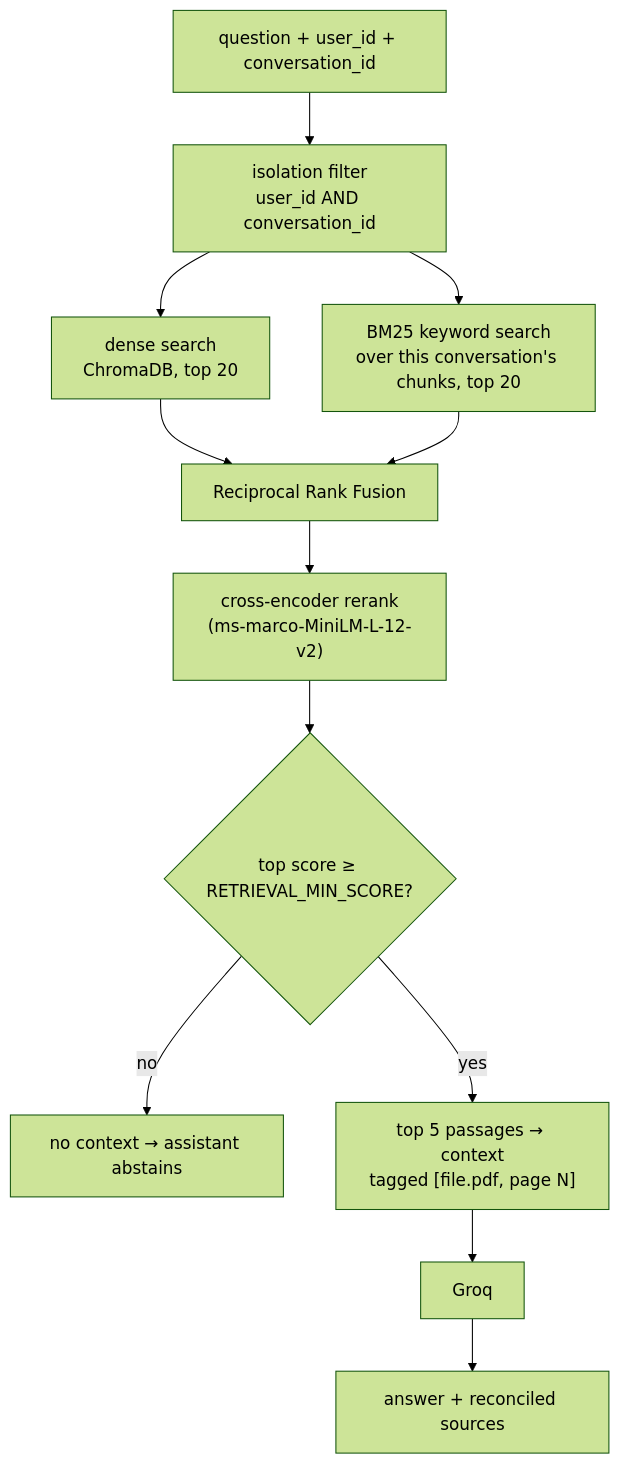
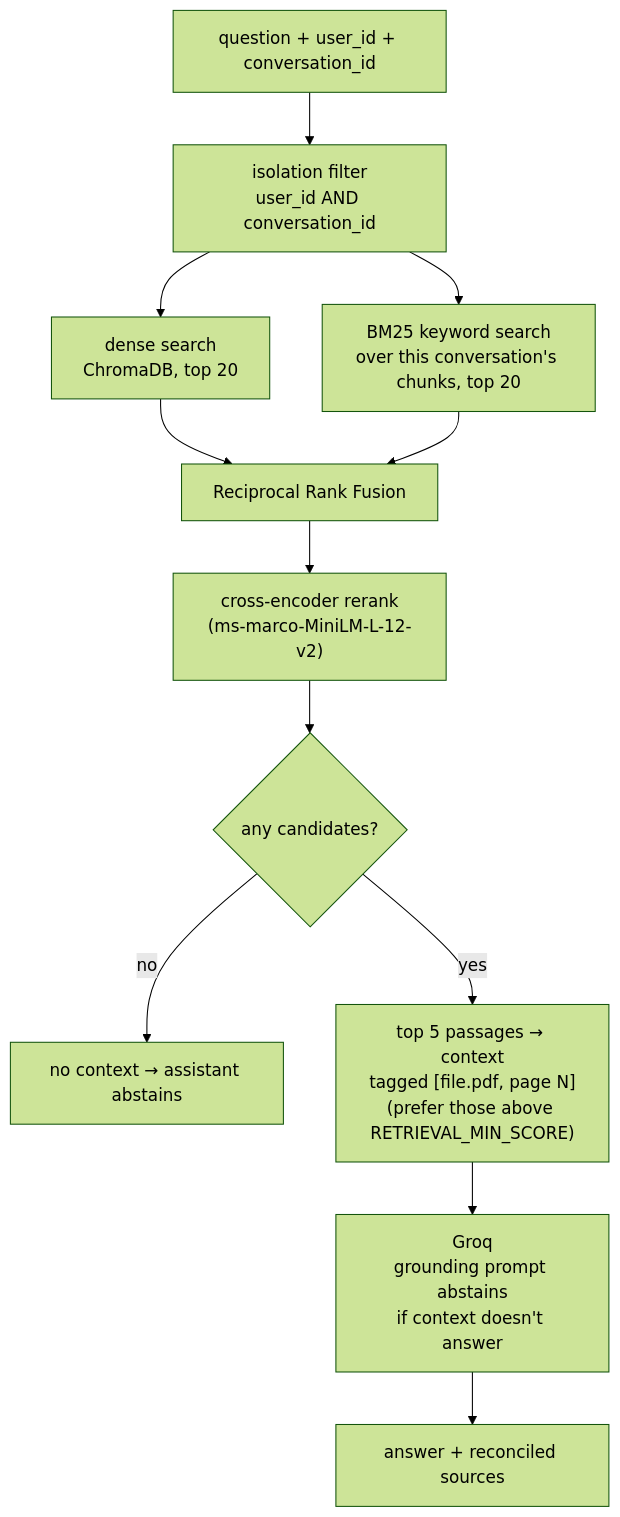
The third of 4 diagrams in README.md (Emonemon74/ai-customer-support-platform), drawn with Mermaid (forest theme) before and after one commit. The commit also changed other lines of this file and 6 other files, not shown here.

First line of the commit message:
Loosen the retrieval gate: pass top passages, let the prompt abstain

````diff
--- a/README.md
+++ b/README.md
@@ -109,14 +109,14 @@
 ```mermaid
 flowchart TB
     Q["question + user_id + conversation_id"] --> F["isolation filter<br/>user_id AND conversation_id"]
     F --> D["dense search<br/>ChromaDB, top 20"]
     F --> B["BM25 keyword search<br/>over this conversation's chunks, top 20"]
     D --> RRF["Reciprocal Rank Fusion"]
     B --> RRF
     RRF --> RK["cross-encoder rerank<br/>(ms-marco-MiniLM-L-12-v2)"]
-    RK --> TH{"top score ≥ RETRIEVAL_MIN_SCORE?"}
+    RK --> TH{"any candidates?"}
     TH -- no --> NF["no context → assistant abstains"]
-    TH -- yes --> CTX["top 5 passages → context<br/>tagged [file.pdf, page N]"]
-    CTX --> LLM["Groq"]
+    TH -- yes --> CTX["top 5 passages → context<br/>tagged [file.pdf, page N]<br/>(prefer those above RETRIEVAL_MIN_SCORE)"]
+    CTX --> LLM["Groq<br/>grounding prompt abstains<br/>if context doesn't answer"]
     LLM --> A["answer + reconciled sources"]
 ```
````
